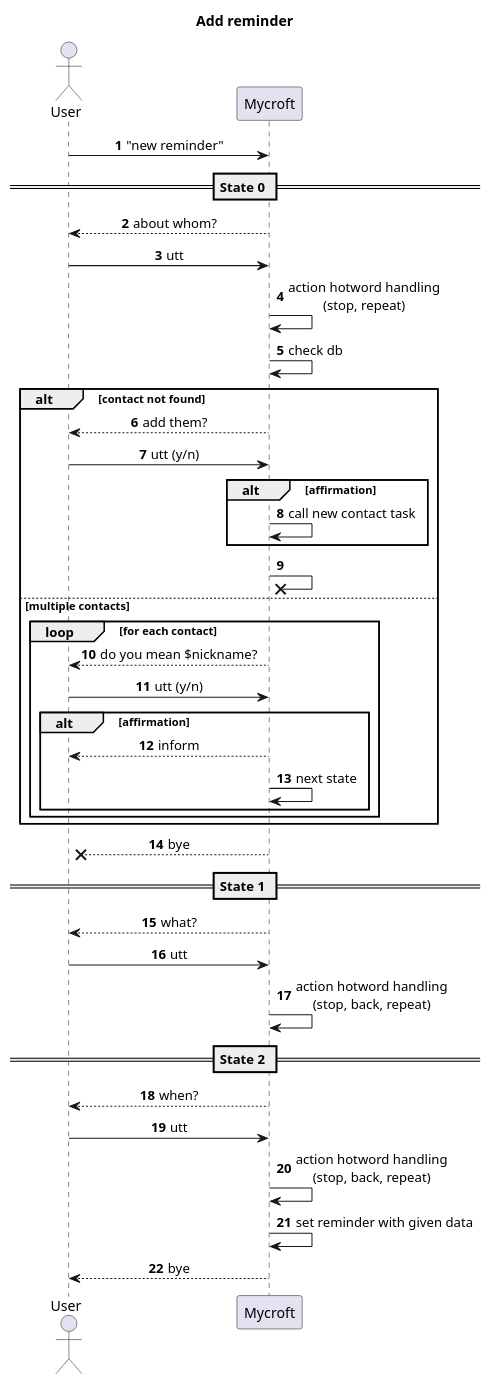
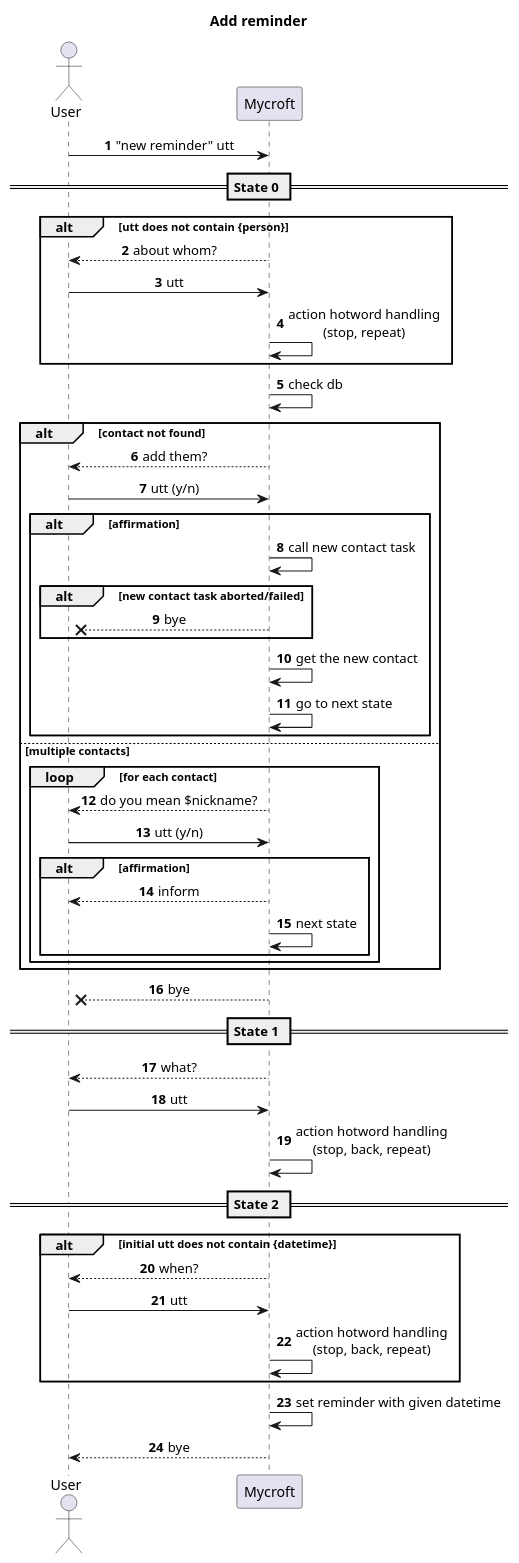
The diagram in docs/add-reminder.puml (davquar/VoiceCRM), drawn with PlantUML before and after one commit. The commit also changed 3 other files, not shown here.

Commit message:
Update diagrams in the 2nd iteration

```diff
--- a/docs/add-reminder.puml
+++ b/docs/add-reminder.puml
@@ -1,52 +1,60 @@
 @startuml add reminder
 skinparam SequenceMessageAlignment center
 autonumber
 
 title Add reminder
 
 actor User as u
 participant Mycroft as m
 
-u -> m: "new reminder"
+u -> m: "new reminder" utt
 
 == State 0 ==
-m --> u: about whom?
-u -> m: utt
-m -> m: action hotword handling\n(stop, repeat)
+alt utt does not contain {person}
+    m --> u: about whom?
+    u -> m: utt
+    m -> m: action hotword handling\n(stop, repeat)
+end
 
 m -> m: check db
 
 alt contact not found
     m --> u: add them?
     u -> m: utt (y/n)
     alt affirmation
         m -> m: call new contact task
+        alt new contact task aborted/failed
+            m --x u: bye
+        end
+        m -> m: get the new contact
+        m -> m: go to next state
     end
-    m -x m
 else multiple contacts
     loop for each contact
         m --> u: do you mean $nickname?
         u -> m: utt (y/n)
         alt affirmation
             m --> u: inform
             m -> m: next state
         end
     end
 end
 m --x u: bye
 
 == State 1 ==
 m --> u: what?
 u -> m: utt
 m -> m: action hotword handling\n(stop, back, repeat)
 
 == State 2 ==
-m --> u: when?
-u -> m: utt
-m -> m: action hotword handling\n(stop, back, repeat)
+alt initial utt does not contain {datetime}
+    m --> u: when?
+    u -> m: utt
+    m -> m: action hotword handling\n(stop, back, repeat)
+end
 
-m -> m: set reminder with given data
+m -> m: set reminder with given datetime
 
 m --> u: bye
 
 @enduml
```
